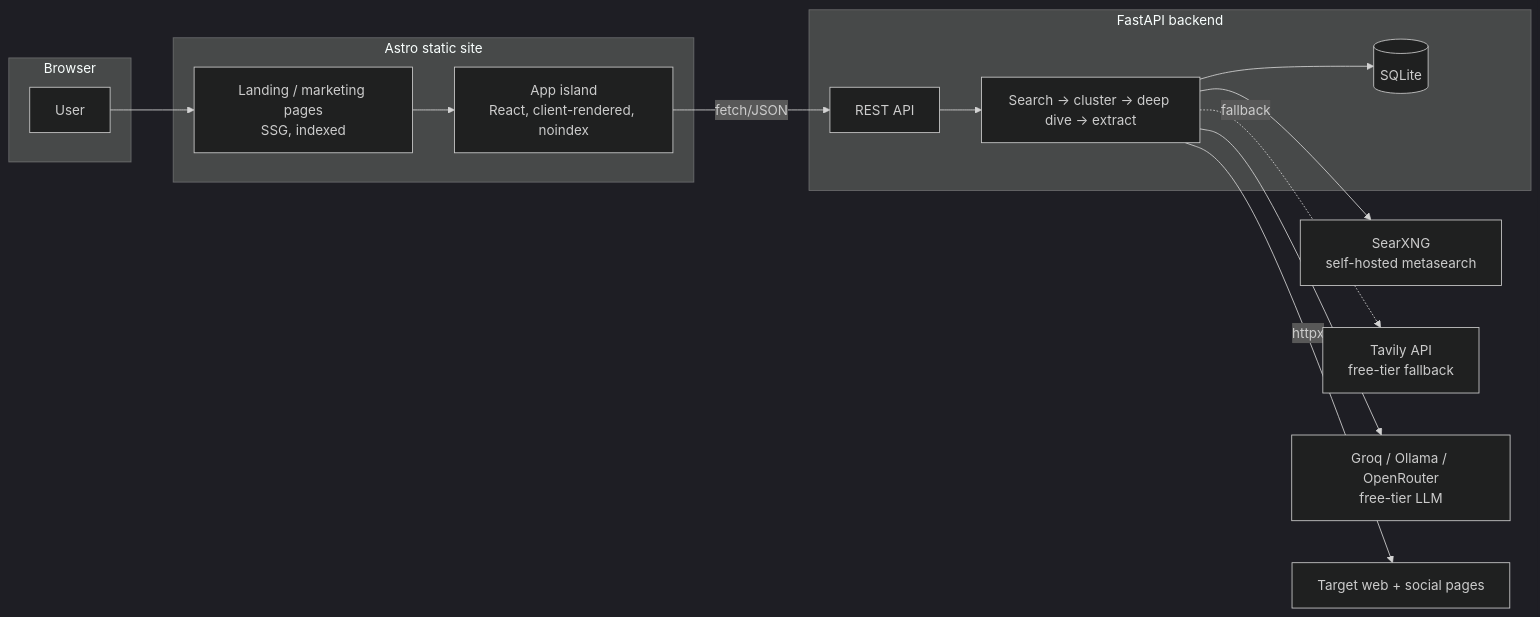
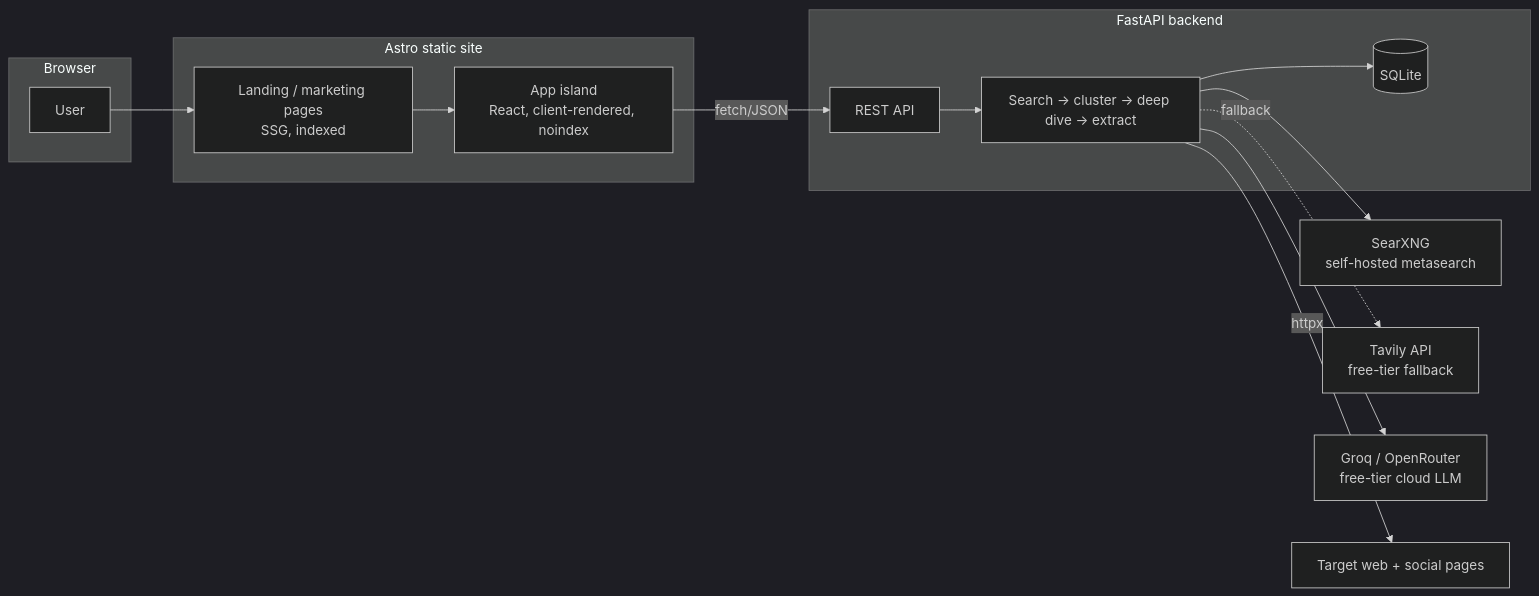
The first of 2 diagrams in docs/ARCHITECTURE.md (rafimaliki/who-is), drawn with Mermaid (dark theme) before and after one commit. The commit also changed other lines of this file and 2 other files, not shown here.

Commit message:
chore: drop local LLM option, cloud-only stack (Groq + OpenRouter) (#1)

````diff
--- a/docs/ARCHITECTURE.md
+++ b/docs/ARCHITECTURE.md
@@ -5,27 +5,27 @@
 ```mermaid
 flowchart LR
     subgraph Browser
         U[User]
     end
     subgraph "Astro static site"
         L[Landing / marketing pages<br/>SSG, indexed]
         AI[App island<br/>React, client-rendered, noindex]
     end
     subgraph "FastAPI backend"
         API[REST API]
         PIPE[Search → cluster → deep dive → extract]
         DB[(SQLite)]
     end
     SEARX[SearXNG<br/>self-hosted metasearch]
     TAVILY[Tavily API<br/>free-tier fallback]
-    LLM[Groq / Ollama / OpenRouter<br/>free-tier LLM]
+    LLM[Groq / OpenRouter<br/>free-tier cloud LLM]
 
     U --> L --> AI
     AI -- fetch/JSON --> API
     API --> PIPE
     PIPE --> DB
     PIPE --> SEARX
     PIPE -. fallback .-> TAVILY
     PIPE --> LLM
     PIPE -- httpx --> WEB[Target web + social pages]
 ```
````
